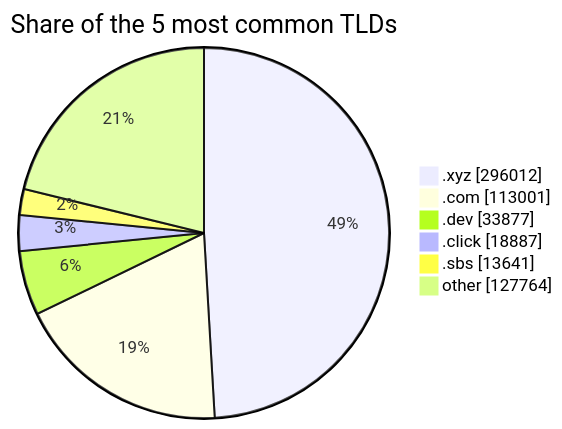
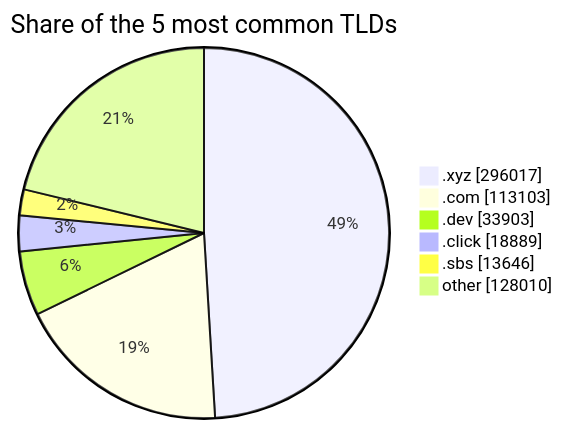
Before and after one commit to DNSBunker/CTI: the third of 3 diagrams in README.md, drawn with Mermaid. The commit also changed other lines of this file and 3 other files, not shown here.

````diff
--- a/README.md
+++ b/README.md
@@ -81,9 +81,9 @@
 ```mermaid
 pie showData title Share of the 5 most common TLDs
-    ".xyz" : 296012
-    ".com" : 113001
-    ".dev" : 33877
-    ".click" : 18887
-    ".sbs" : 13641
-    "other" : 127764
+    ".xyz" : 296017
+    ".com" : 113103
+    ".dev" : 33903
+    ".click" : 18889
+    ".sbs" : 13646
+    "other" : 128010
 ```
````
